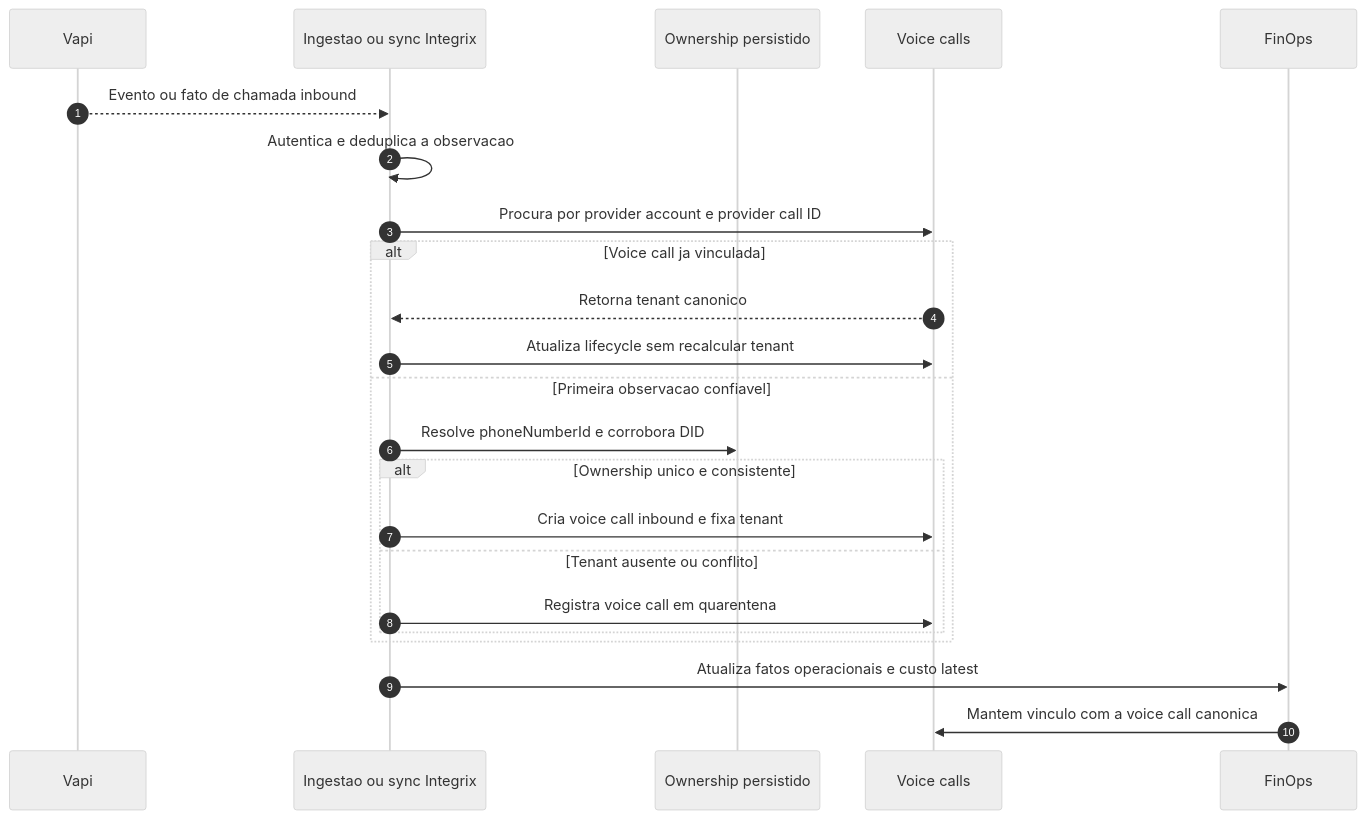
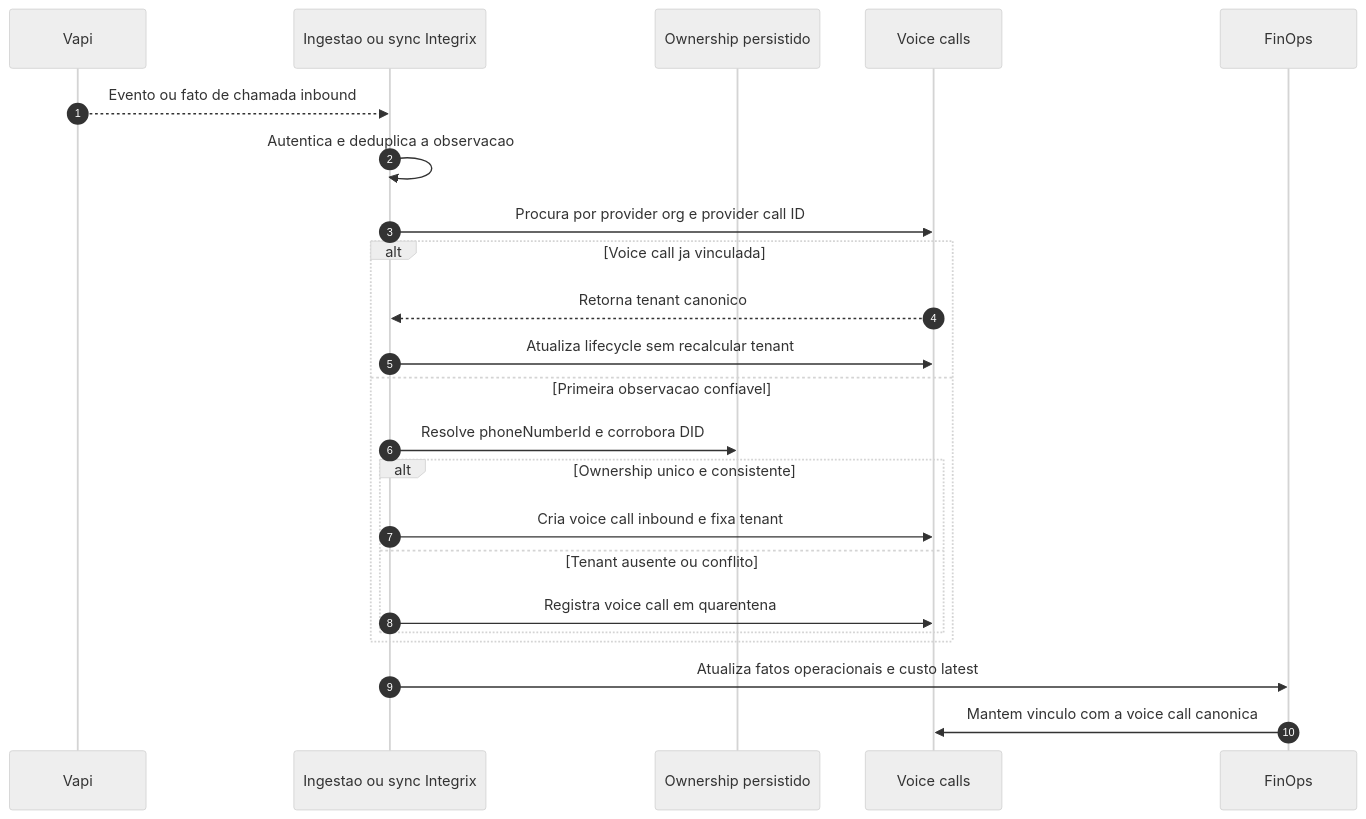
Before and after one commit to pedrojbDev/IntegrixAI: the third of 5 diagrams in docs/voice-billing-architecture.md, drawn with Mermaid (neutral theme). The commit also changed other lines of this file and 11 other files, not shown here.

````diff
--- a/docs/voice-billing-architecture.md
+++ b/docs/voice-billing-architecture.md
@@ -339,28 +423,28 @@
 ```mermaid
 sequenceDiagram
     autonumber
     participant Vapi as Vapi
     participant Ingestao as Ingestao ou sync Integrix
     participant Ownership as Ownership persistido
     participant Calls as Voice calls
     participant FinOps as FinOps
 
     Vapi-->>Ingestao: Evento ou fato de chamada inbound
     Ingestao->>Ingestao: Autentica e deduplica a observacao
-    Ingestao->>Calls: Procura por provider account e provider call ID
+    Ingestao->>Calls: Procura por provider org e provider call ID
 
     alt Voice call ja vinculada
         Calls-->>Ingestao: Retorna tenant canonico
         Ingestao->>Calls: Atualiza lifecycle sem recalcular tenant
     else Primeira observacao confiavel
         Ingestao->>Ownership: Resolve phoneNumberId e corrobora DID
         alt Ownership unico e consistente
             Ingestao->>Calls: Cria voice call inbound e fixa tenant
         else Tenant ausente ou conflito
             Ingestao->>Calls: Registra voice call em quarentena
         end
     end
 
     Ingestao->>FinOps: Atualiza fatos operacionais e custo latest
     FinOps->>Calls: Mantem vinculo com a voice call canonica
 ```
````
